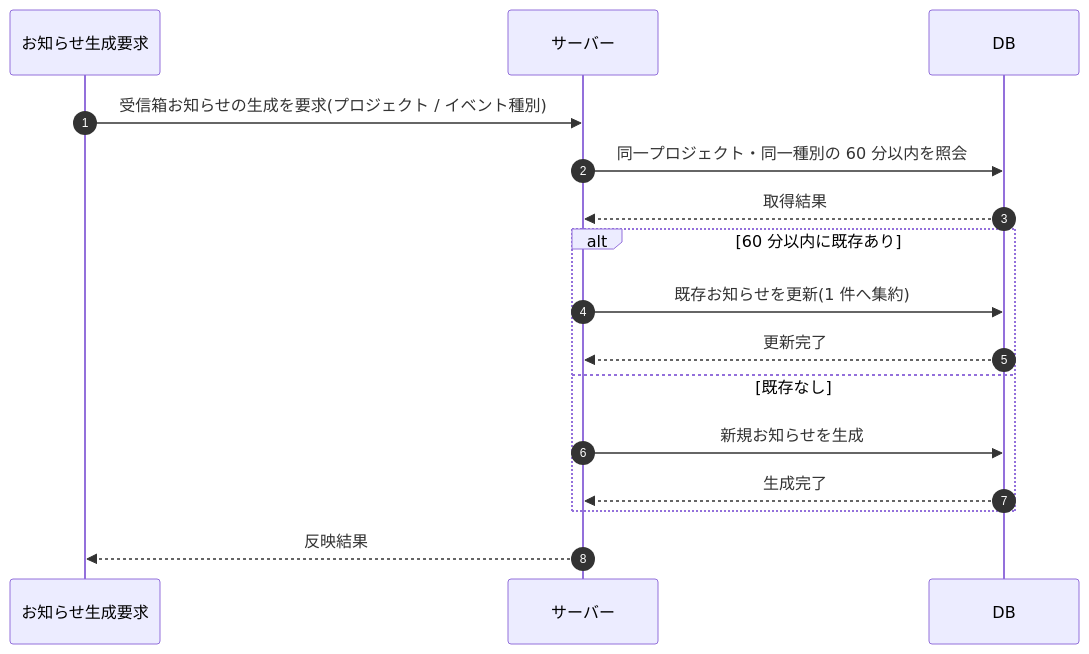
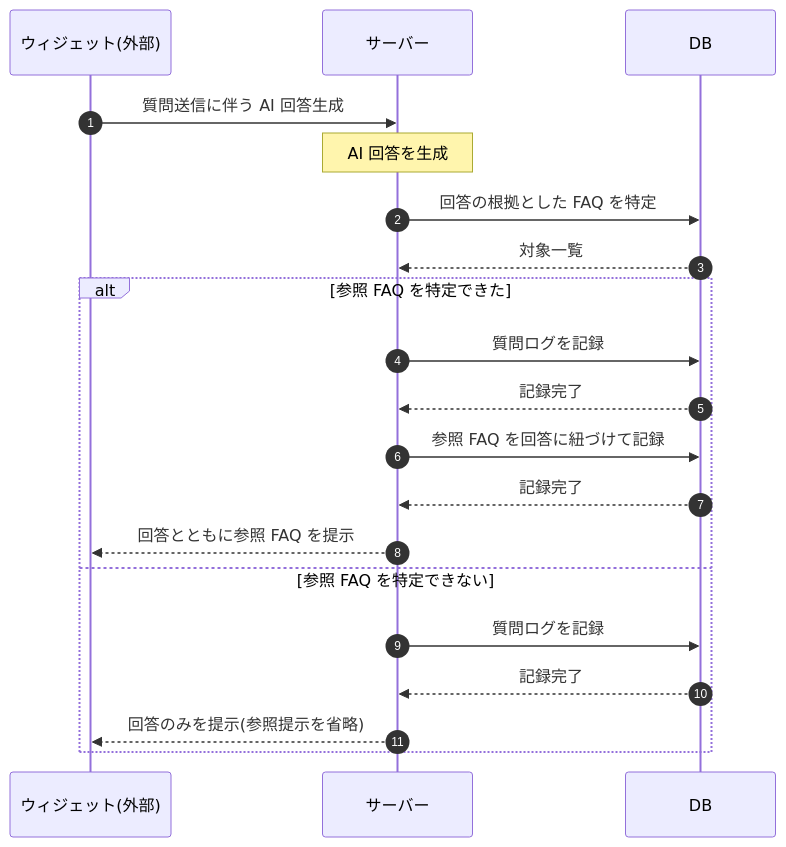
The diagram in 02_basic_design/03_sequences/SEQ-106.md (sikakou54/open-faq), drawn with Mermaid before and after one commit. The commit also changed other lines of this file and 395 other files, not shown here.

````diff
--- a/02_basic_design/03_sequences/SEQ-106.md
+++ b/02_basic_design/03_sequences/SEQ-106.md
@@ -25,18 +25,22 @@
 ```mermaid
 sequenceDiagram
   autonumber
-  participant G as お知らせ生成要求
+  participant W as ウィジェット(外部)
   participant Server as サーバー
   participant DB as DB
-  G->>Server: 受信箱お知らせの生成を要求(プロジェクト / イベント種別)
-  Server->>DB: 同一プロジェクト・同一種別の 60 分以内を照会
-  DB-->>Server: 取得結果
-  alt 60 分以内に既存あり
-    Server->>DB: 既存お知らせを更新(1 件へ集約)
-    DB-->>Server: 更新完了
-  else 既存なし
-    Server->>DB: 新規お知らせを生成
-    DB-->>Server: 生成完了
+  W->>Server: 質問送信に伴う AI 回答生成
+  Note over Server: AI 回答を生成
+  Server->>DB: 回答の根拠とした FAQ を特定
+  DB-->>Server: 対象一覧
+  alt 参照 FAQ を特定できた
+    Server->>DB: 質問ログを記録
+    DB-->>Server: 記録完了
+    Server->>DB: 参照 FAQ を回答に紐づけて記録
+    DB-->>Server: 記録完了
+    Server-->>W: 回答とともに参照 FAQ を提示
+  else 参照 FAQ を特定できない
+    Server->>DB: 質問ログを記録
+    DB-->>Server: 記録完了
+    Server-->>W: 回答のみを提示(参照提示を省略)
   end
-  Server-->>G: 反映結果
 ```
````
